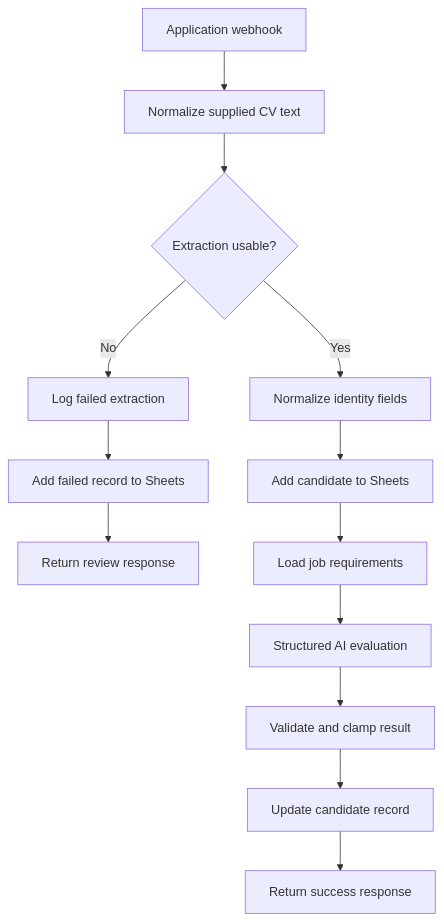
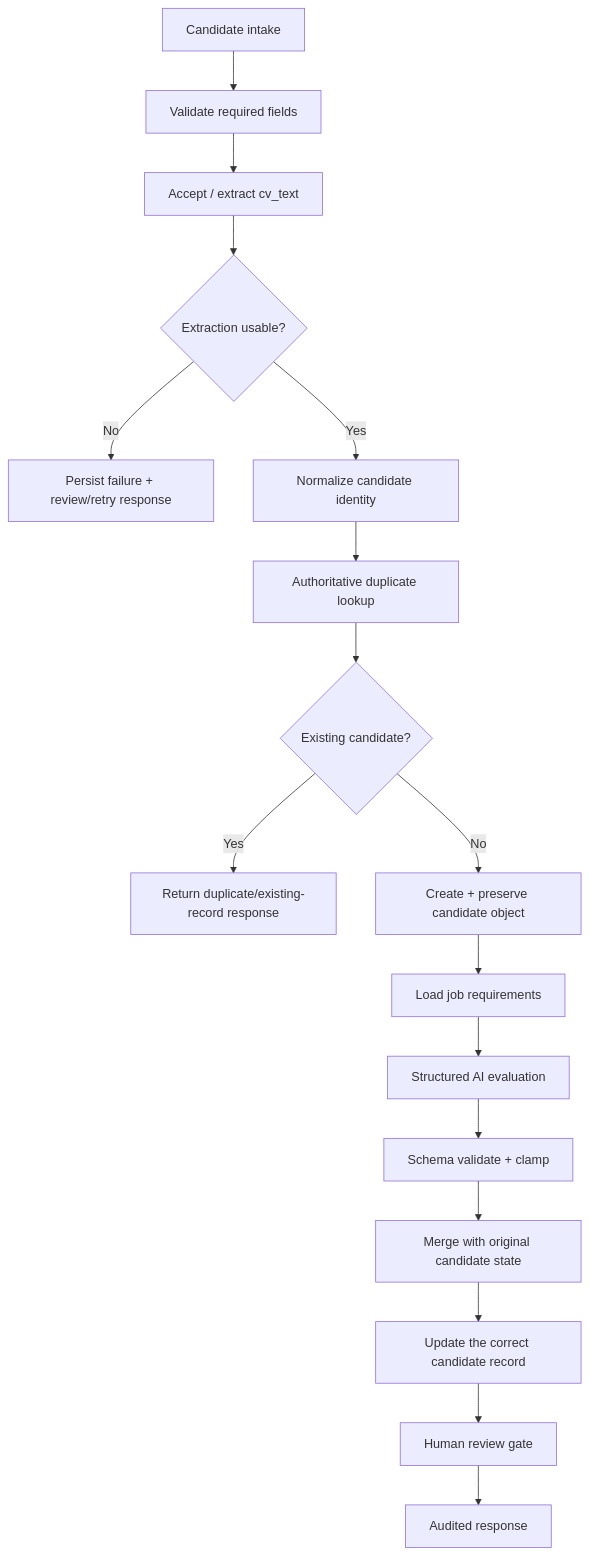
Before and after one commit to oyekola-ololade/cv-screening-automation: the diagram in README.md, drawn with Mermaid. The commit also changed other lines of this file, not shown here.

Commit message:
Integrate Candidate Screening diagnostic visual and repair evidence

````diff
--- a/README.md
+++ b/README.md
@@ -46,15 +38,19 @@
 ```mermaid
 flowchart TD
-    A[Application webhook] --> B[Normalize supplied CV text]
-    B --> C{Extraction usable?}
-    C -- No --> D[Log failed extraction]
-    D --> E[Add failed record to Sheets]
-    E --> F[Return review response]
-    C -- Yes --> G[Normalize identity fields]
-    G --> H[Add candidate to Sheets]
-    H --> I[Load job requirements]
-    I --> J[Structured AI evaluation]
-    J --> K[Validate and clamp result]
-    K --> L[Update candidate record]
-    L --> M[Return success response]
+    A[Candidate intake] --> B[Validate required fields]
+    B --> C[Accept / extract cv_text]
+    C --> D{Extraction usable?}
+    D -->|No| E[Persist failure + review/retry response]
+    D -->|Yes| F[Normalize candidate identity]
+    F --> G[Authoritative duplicate lookup]
+    G --> H{Existing candidate?}
+    H -->|Yes| I[Return duplicate/existing-record response]
+    H -->|No| J[Create + preserve candidate object]
+    J --> K[Load job requirements]
+    K --> L[Structured AI evaluation]
+    L --> M[Schema validate + clamp]
+    M --> N[Merge with original candidate state]
+    N --> O[Update the correct candidate record]
+    O --> P[Human review gate]
+    P --> Q[Audited response]
 ```
````
